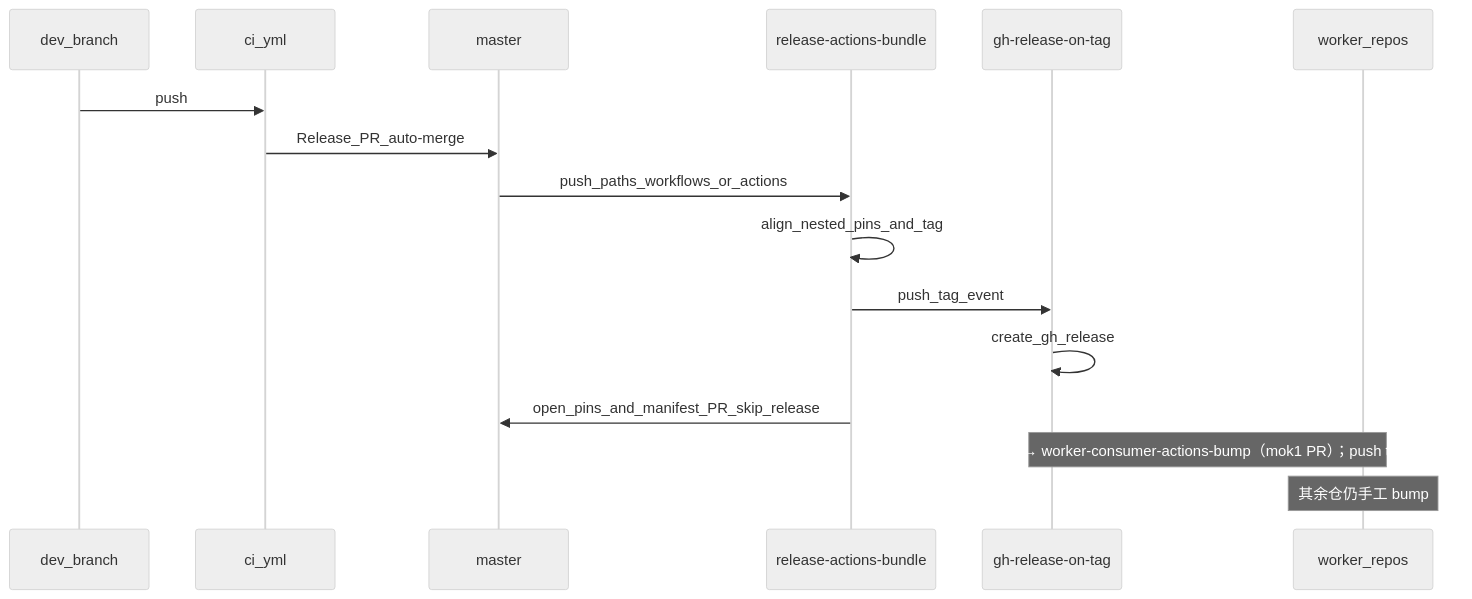
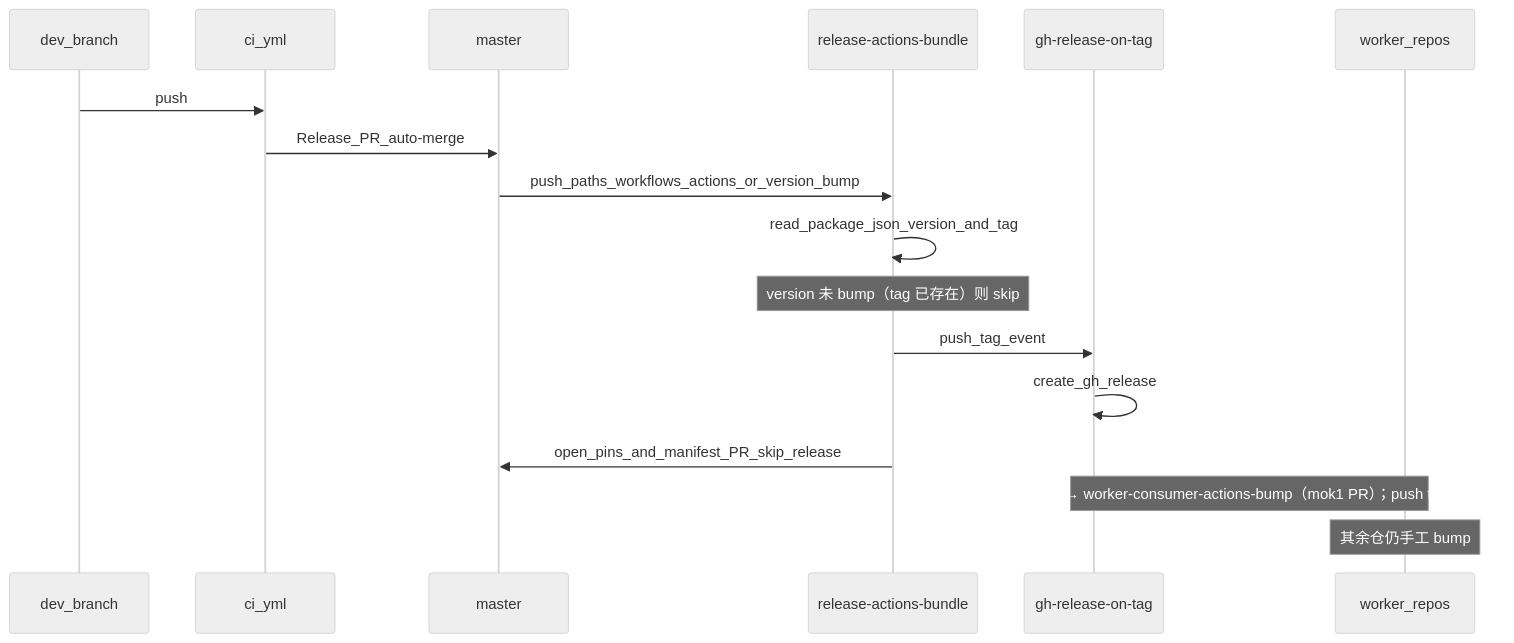
One commit to workers-world/worker-actions changed diagram 16 of 18 in docs/actions-workflows.md. Above: the diagram before and after it, drawn with Mermaid (neutral theme). The commit also changed other lines of this file and 9 other files, not shown here.

First line of the commit message:
feat(release): version authority = package.json (SDK parity)

````diff
--- a/docs/actions-workflows.md
+++ b/docs/actions-workflows.md
@@ -338,19 +338,20 @@
 ```mermaid
 sequenceDiagram
   participant Dev as dev_branch
   participant CI as ci_yml
   participant Master as master
   participant Rel as release-actions-bundle
   participant GHR as gh-release-on-tag
   participant Consumers as worker_repos
 
   Dev->>CI: push
   CI->>Master: Release_PR_auto-merge
-  Master->>Rel: push_paths_workflows_or_actions
-  Rel->>Rel: align_nested_pins_and_tag
+  Master->>Rel: push_paths_workflows_actions_or_version_bump
+  Rel->>Rel: read_package_json_version_and_tag
+  Note over Rel: version 未 bump（tag 已存在）则 skip
   Rel->>GHR: push_tag_event
   GHR->>GHR: create_gh_release
   Rel->>Master: open_pins_and_manifest_PR_skip_release
   Note over GHR,Consumers: tag create → worker-consumer-actions-bump（mok1 PR）；push tag → GHR
   Note over Consumers: 其余仓仍手工 bump
 ```
````
